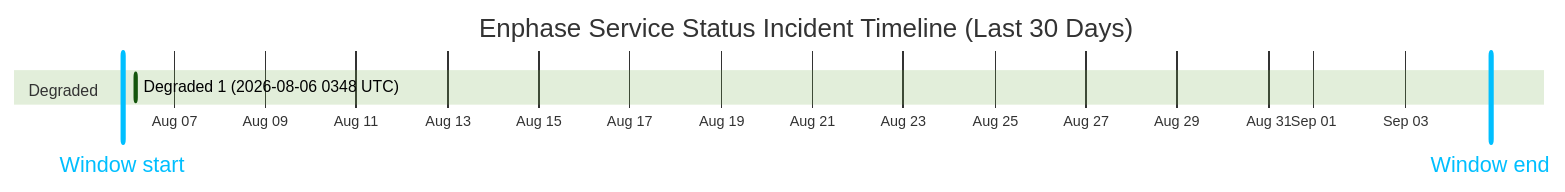
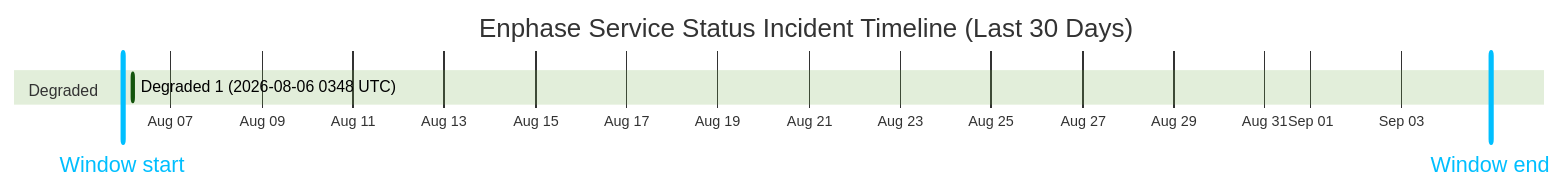
Before and after one commit to barneyonline/ha-enphase-energy: the diagram in wiki/Service-Status-History.md, drawn with Mermaid (forest theme). The commit also changed other lines of this file and 3 other files, not shown here.

````diff
--- a/wiki/Service-Status-History.md
+++ b/wiki/Service-Status-History.md
@@ -14,10 +14,10 @@
 ```mermaid
 gantt
     title Enphase Service Status Incident Timeline (Last 30 Days)
     dateFormat  YYYY-MM-DDTHH:mm:ss
     axisFormat  %b %d
-    Window start :vert, window-start, 2026-08-05T20:55:16, 0ms
-    Window end :vert, window-end, 2026-09-04T20:55:16, 0ms
+    Window start :vert, window-start, 2026-08-05T22:46:37, 0ms
+    Window end :vert, window-end, 2026-09-04T22:46:37, 0ms
     section Degraded
     Degraded 1 (2026-08-06 0348 UTC) :active, degraded-1, 2026-08-06T03:48:14, 60m
 ```
````
